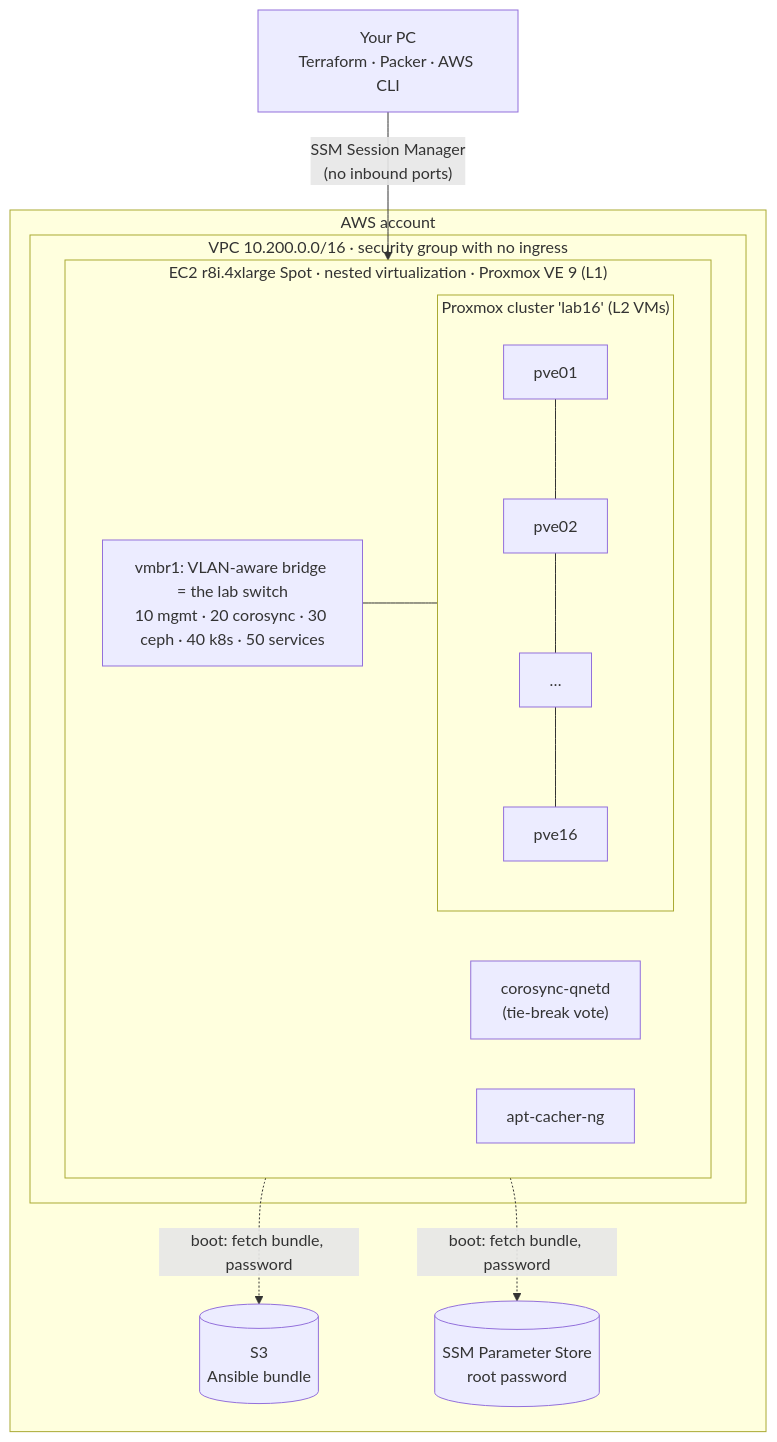
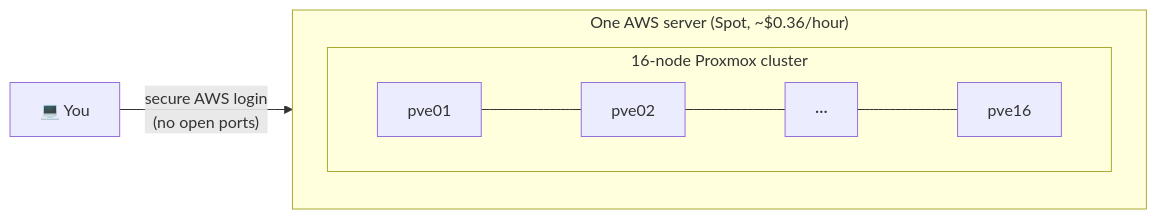
The diagram in README.md (gkoufie1/proxmox-nested-lab-on-aws), drawn with Mermaid before and after one commit. The commit also changed other lines of this file, not shown here.

````diff
--- a/README.md
+++ b/README.md
@@ -9,22 +11,9 @@
 ```mermaid
-flowchart TB
-  pc["Your PC<br/>Terraform · Packer · AWS CLI"]
-  pc -- "SSM Session Manager<br/>(no inbound ports)" --> l1
-
-  subgraph aws["AWS account"]
-    s3[("S3<br/>Ansible bundle")]
-    ssm[("SSM Parameter Store<br/>root password")]
-    subgraph vpc["VPC 10.200.0.0/16 · security group with no ingress"]
-      subgraph l1["EC2 r8i.4xlarge Spot · nested virtualization · Proxmox VE 9 (L1)"]
-        sw["vmbr1: VLAN-aware bridge = the lab switch<br/>10 mgmt · 20 corosync · 30 ceph · 40 k8s · 50 services"]
-        qn["corosync-qnetd<br/>(tie-break vote)"]
-        cache["apt-cacher-ng"]
-        subgraph cl["Proxmox cluster 'lab16' (L2 VMs)"]
-          n1["pve01"] --- n2["pve02"] --- dots["…"] --- n16["pve16"]
-        end
-        sw --- cl
-      end
+flowchart LR
+  you["💻 You"] -- "secure AWS login<br/>(no open ports)" --> host
+  subgraph host["One AWS server (Spot, ~$0.36/hour)"]
+    subgraph cluster["16-node Proxmox cluster"]
+      n1["pve01"] --- n2["pve02"] --- dots["···"] --- n16["pve16"]
     end
   end
-  l1 -. boot: fetch bundle, password .-> s3 & ssm
 ```
````
